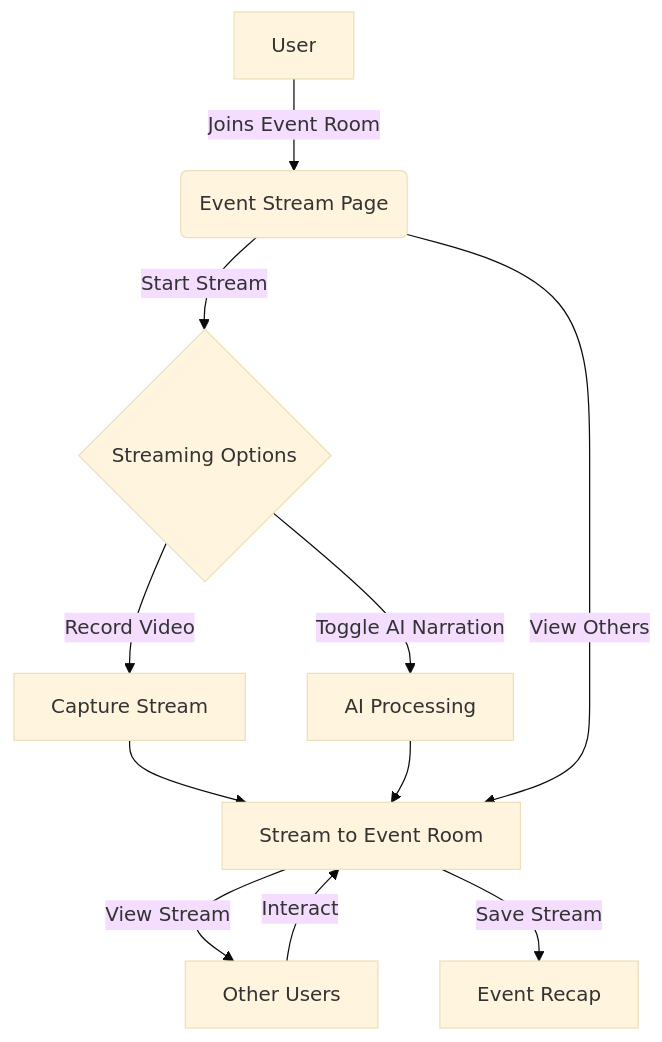
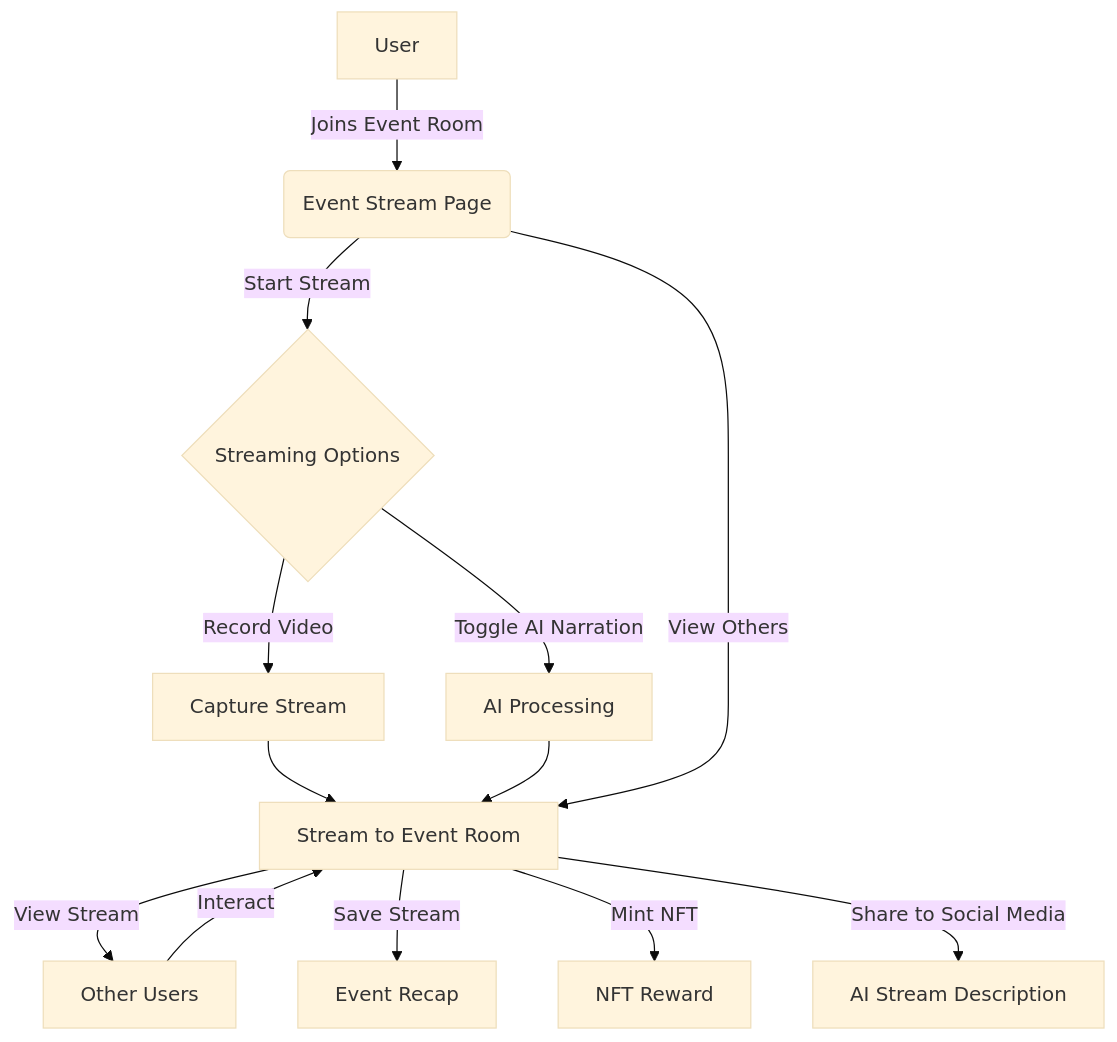
Before and after one commit to AndlerRL/stream-u-media: the diagram in README.md, drawn with Mermaid (base theme). The commit also changed other lines of this file and 31 other files, not shown here.

Commit message:
chore: The Roadmap + hotfixes

````diff
--- a/README.md
+++ b/README.md
@@ -33,13 +45,15 @@
 ```mermaid
 graph TD
-    A[User] -->|Joins Event Room| B(Event Stream Page)
-    B -->|Start Stream| C{Streaming Options}
-    C -->|Record Video| D[Capture Stream]
-    C -->|Toggle AI Narration| E[AI Processing]
-    D --> F[Stream to Event Room]
-    E --> F
-    F -->|View Stream| G[Other Users]
-    F -->|Save Stream| H[Event Recap]
-    G -->|Interact| F
-    B -->|View Others| F
+   A[User] -->|Joins Event Room| B(Event Stream Page)
+   B -->|Start Stream| C{Streaming Options}
+   C -->|Record Video| D[Capture Stream]
+   C -->|Toggle AI Narration| E[AI Processing]
+   D --> F[Stream to Event Room]
+   E --> F
+   F -->|View Stream| G[Other Users]
+   F -->|Save Stream| H[Event Recap]
+   F -->|Mint NFT| I[NFT Reward]
+   G -->|Interact| F
+   B -->|View Others| F
+   F -->|Share to Social Media| J[AI Stream Description]
 ```
````
